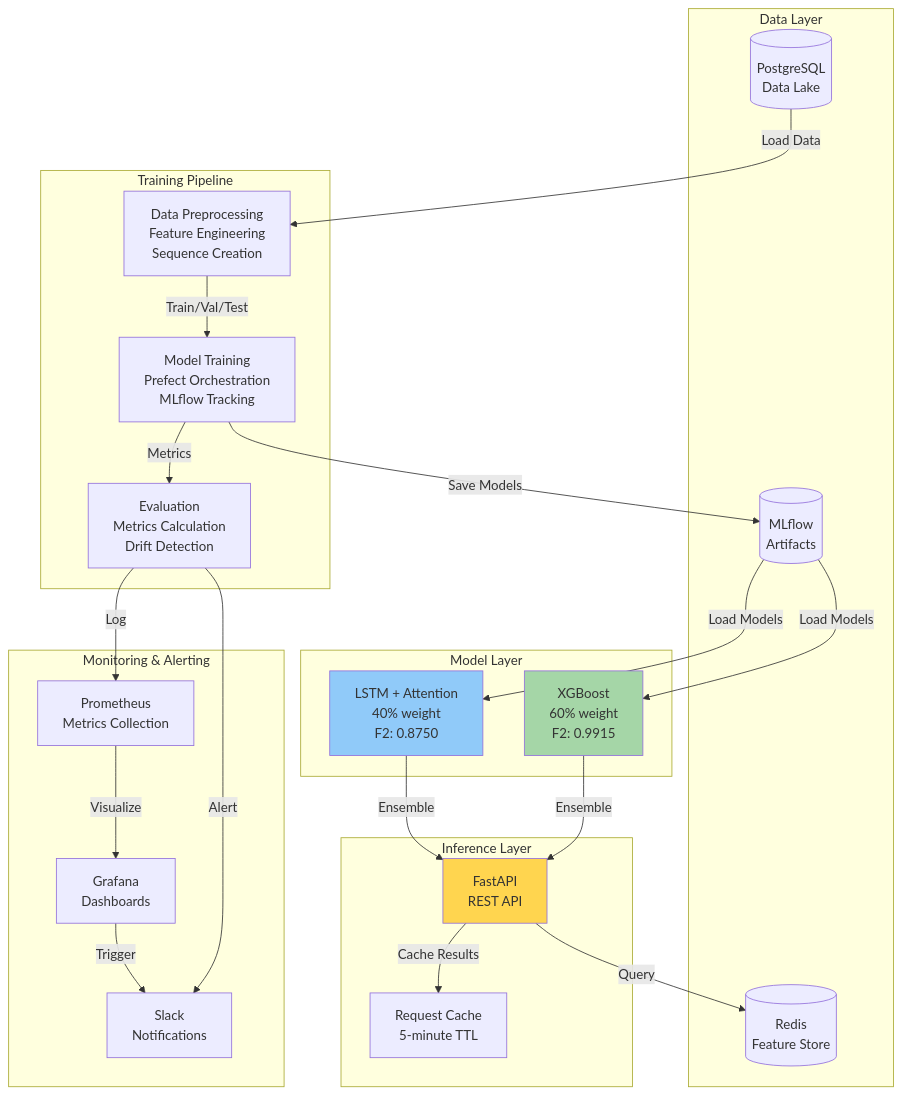
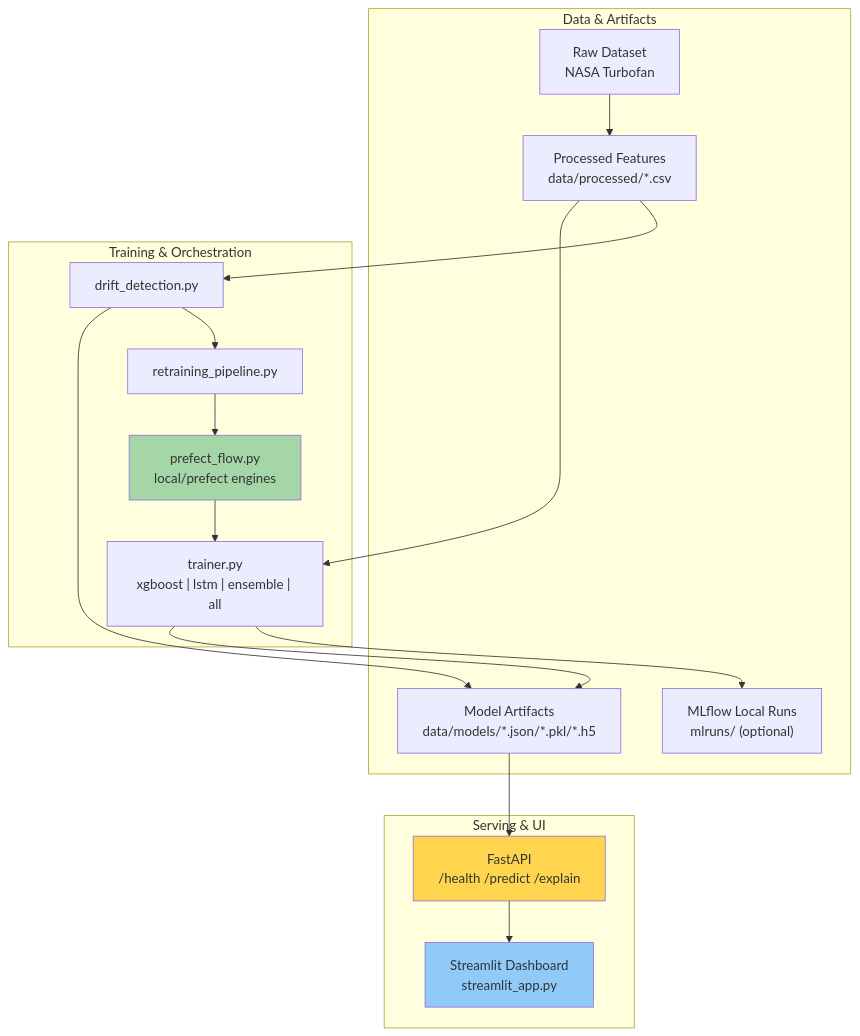
Before and after one commit to atikulmunna/predictive-maintenance-mlops: the first of 5 diagrams in assets/architecture.md, drawn with Mermaid. The commit also changed other lines of this file and 4 other files, not shown here.

Commit message:
Update architecture docs and add dashboard screenshots

````diff
--- a/assets/architecture.md
+++ b/assets/architecture.md
@@ -5,49 +5,37 @@
 ```mermaid
 graph TB
-    subgraph DL["Data Layer"]
-        DB[(PostgreSQL<br/>Data Lake)]
-        FS[(Redis<br/>Feature Store)]
-        MLFLOW[(MLflow<br/>Artifacts)]
+    subgraph Data["Data & Artifacts"]
+        RAW["Raw Dataset<br/>NASA Turbofan"]
+        PROC["Processed Features<br/>data/processed/*.csv"]
+        MODELS["Model Artifacts<br/>data/models/*.json/*.pkl/*.h5"]
+        MLRUNS["MLflow Local Runs<br/>mlruns/ (optional)"]
     end
-    
-    subgraph ML["Model Layer"]
-        XGB["XGBoost<br/>60% weight<br/>F2: 0.9915"]
-        LSTM["LSTM + Attention<br/>40% weight<br/>F2: 0.8750"]
+
+    subgraph Train["Training & Orchestration"]
+        TRAINER["trainer.py<br/>xgboost | lstm | ensemble | all"]
+        FLOW["prefect_flow.py<br/>local/prefect engines"]
+        DRIFT["drift_detection.py"]
+        RETRAIN["retraining_pipeline.py"]
     end
-    
-    subgraph IL["Inference Layer"]
-        API["FastAPI<br/>REST API"]
-        CACHE["Request Cache<br/>5-minute TTL"]
+
+    subgraph Serve["Serving & UI"]
+        API["FastAPI<br/>/health /predict /explain"]
+        UI["Streamlit Dashboard<br/>streamlit_app.py"]
     end
-    
-    subgraph TP["Training Pipeline"]
-        PREPROCESS["Data Preprocessing<br/>Feature Engineering<br/>Sequence Creation"]
-        TRAIN["Model Training<br/>Prefect Orchestration<br/>MLflow Tracking"]
-        EVAL["Evaluation<br/>Metrics Calculation<br/>Drift Detection"]
-    end
-    
-    subgraph MA["Monitoring & Alerting"]
-        PROM["Prometheus<br/>Metrics Collection"]
-        GRAFANA["Grafana<br/>Dashboards"]
-        SLACK["Slack<br/>Notifications"]
-    end
-    
-    DB -->|Load Data| PREPROCESS
-    PREPROCESS -->|Train/Val/Test| TRAIN
-    TRAIN -->|Save Models| MLFLOW
-    MLFLOW -->|Load Models| XGB
-    MLFLOW -->|Load Models| LSTM
-    XGB -->|Ensemble| API
-    LSTM -->|Ensemble| API
-    API -->|Cache Results| CACHE
-    API -->|Query| FS
-    TRAIN -->|Metrics| EVAL
-    EVAL -->|Log| PROM
-    PROM -->|Visualize| GRAFANA
-    EVAL -->|Alert| SLACK
-    GRAFANA -->|Trigger| SLACK
 
-    style XGB fill:#A5D6A7
-    style LSTM fill:#90CAF9
+    RAW --> PROC
+    PROC --> TRAINER
+    TRAINER --> MODELS
+    FLOW --> TRAINER
+    MODELS --> API
+    API --> UI
+    PROC --> DRIFT
+    DRIFT --> MODELS
+    DRIFT --> RETRAIN
+    RETRAIN --> FLOW
+    TRAINER --> MLRUNS
+
     style API fill:#FFD54F
+    style UI fill:#90CAF9
+    style FLOW fill:#A5D6A7
 ```
````
